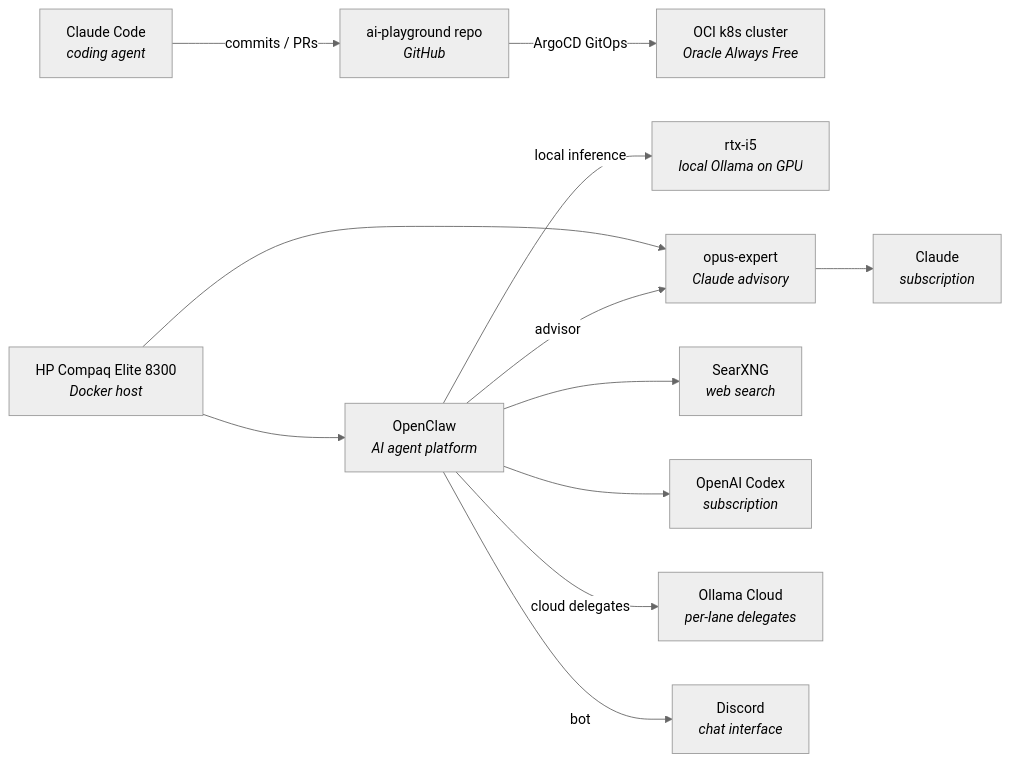
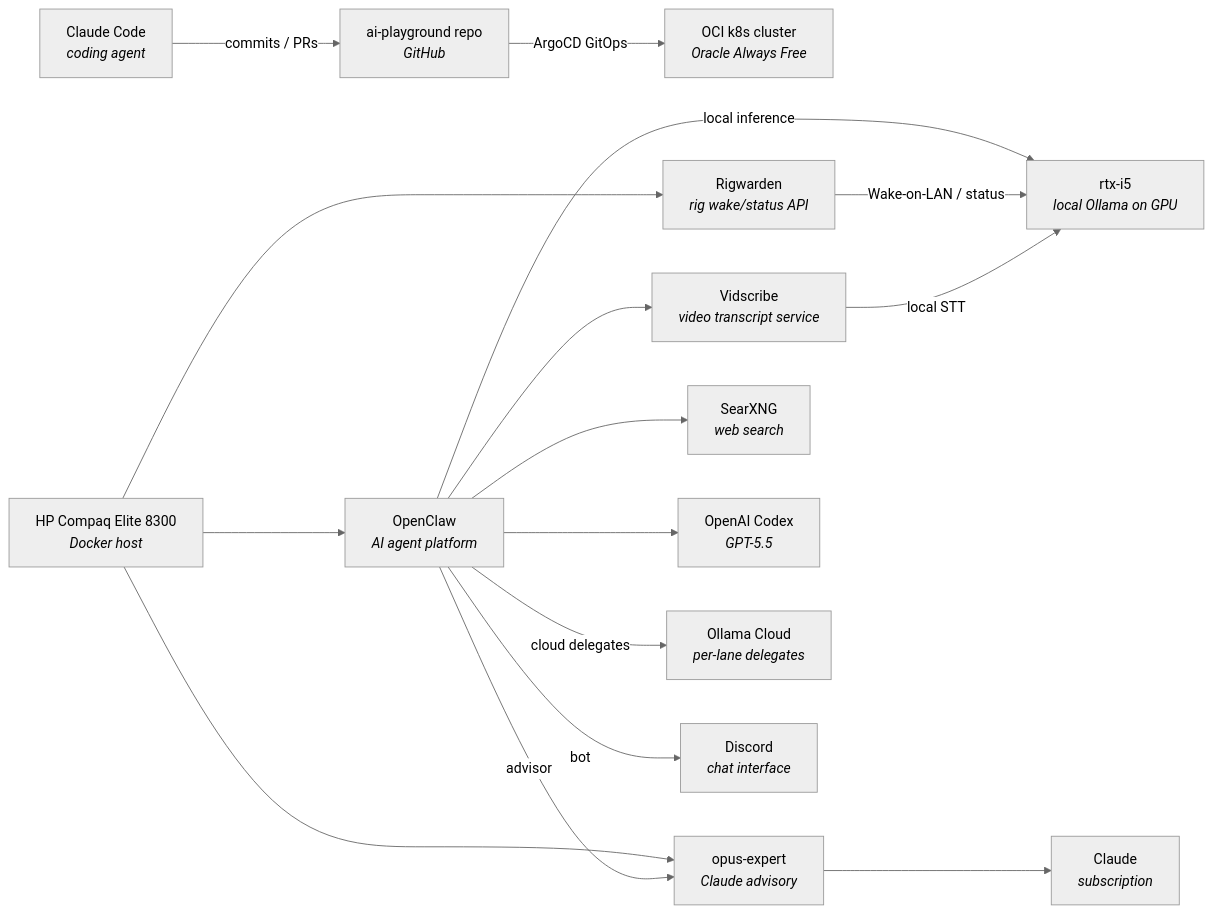
The diagram in homelab/README.md (maslankalm/ai-playground), drawn with Mermaid (neutral theme) before and after one commit. The commit also changed other lines of this file and 1 other file, not shown here.

````diff
--- a/homelab/README.md
+++ b/homelab/README.md
@@ -11,27 +13,33 @@
 ```mermaid
 graph LR
     CC["Claude Code<br/><i>coding agent</i>"]
     REPO["ai-playground repo<br/><i>GitHub</i>"]
     K8S["OCI k8s cluster<br/><i>Oracle Always Free</i>"]
     HP["HP Compaq Elite 8300<br/><i>Docker host</i>"]
     RTX["rtx-i5<br/><i>local Ollama on GPU</i>"]
     OC["OpenClaw<br/><i>AI agent platform</i>"]
     OE["opus-expert<br/><i>Claude advisory</i>"]
+    RW["Rigwarden<br/><i>rig wake/status API</i>"]
+    VS["Vidscribe<br/><i>video transcript service</i>"]
     SX["SearXNG<br/><i>web search</i>"]
-    OPENAI["OpenAI Codex<br/><i>subscription</i>"]
+    OPENAI["OpenAI Codex<br/><i>GPT-5.5</i>"]
     OLLAMA_CLOUD["Ollama Cloud<br/><i>per-lane delegates</i>"]
     CLAUDE["Claude<br/><i>subscription</i>"]
     DISCORD["Discord<br/><i>chat interface</i>"]
 
     CC -->|commits / PRs| REPO
     REPO -->|ArgoCD GitOps| K8S
     HP --> OC
     HP --> OE
+    HP --> RW
     OC --> SX
     OC --> OPENAI
     OC -->|cloud delegates| OLLAMA_CLOUD
     OC -->|local inference| RTX
     OC -->|advisor| OE
     OC -->|bot| DISCORD
     OE --> CLAUDE
+    RW -->|Wake-on-LAN / status| RTX
+    VS -->|local STT| RTX
+    OC --> VS
 ```
````
